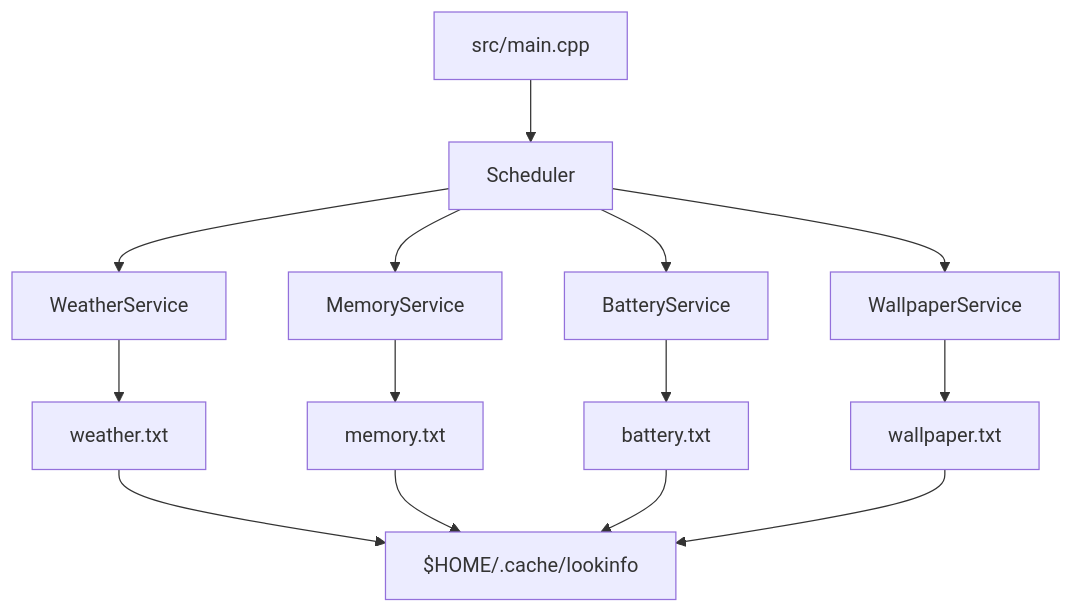
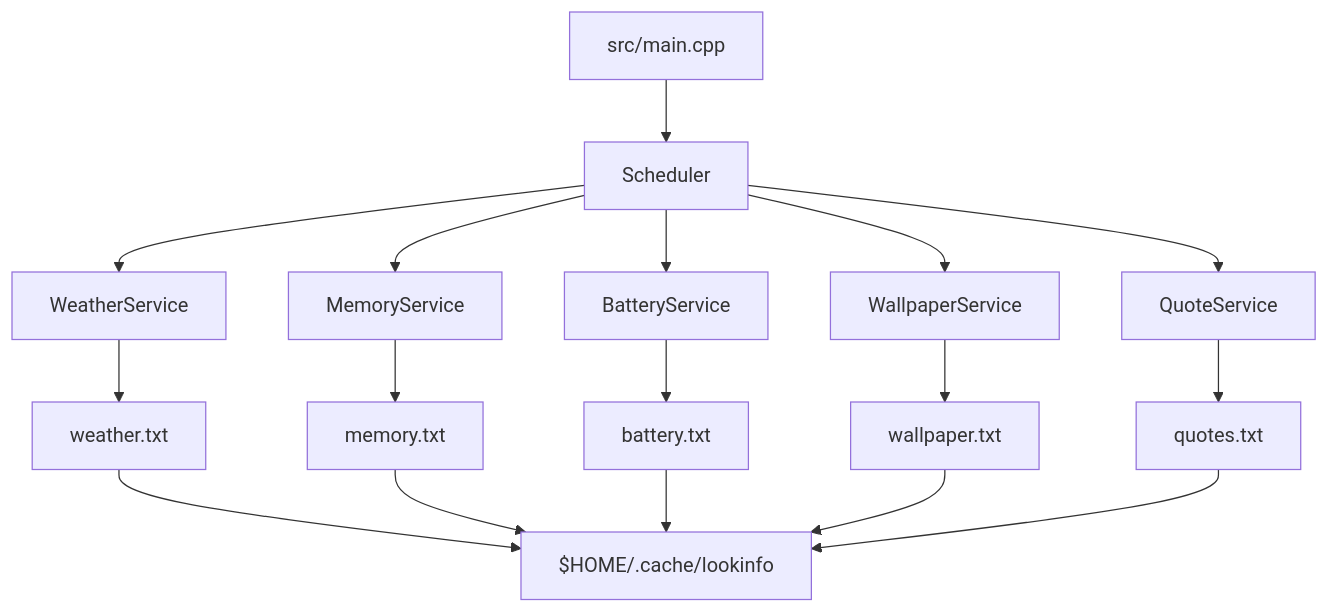
The first of 2 diagrams in README.md (KagE-Akumaa/lookinfo), drawn with Mermaid before and after one commit. The commit also changed other lines of this file, not shown here.

First line of the commit message:
docs: align README with scheduled QuoteService

````diff
--- a/README.md
+++ b/README.md
@@ -45,18 +45,21 @@
 ```mermaid
 flowchart TD
     Main[src/main.cpp] --> Scheduler
     Scheduler --> Weather[WeatherService]
     Scheduler --> Memory[MemoryService]
     Scheduler --> Battery[BatteryService]
     Scheduler --> Wallpaper[WallpaperService]
+    Scheduler --> Quote[QuoteService]
 
     Weather --> WeatherFile[weather.txt]
     Memory --> MemoryFile[memory.txt]
     Battery --> BatteryFile[battery.txt]
     Wallpaper --> WallpaperFile[wallpaper.txt]
+    Quote --> QuoteFile[quotes.txt]
 
     WeatherFile --> Cache[$HOME/.cache/lookinfo]
     MemoryFile --> Cache
     BatteryFile --> Cache
     WallpaperFile --> Cache
+    QuoteFile --> Cache
 ```
````
